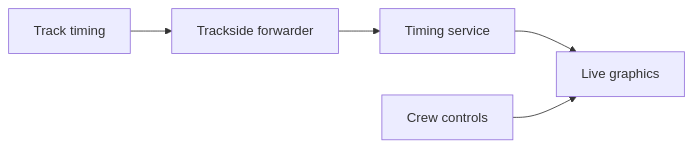
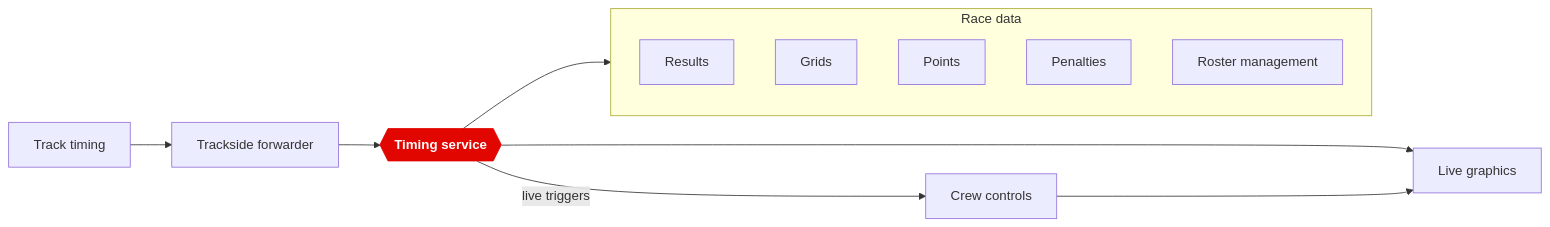
Before and after one commit to Luisd07/Luisd07: the diagram in README.md, drawn with Mermaid.

Commit message:
Enhance flowchart with race data subgraph
Updated the flowchart in README.md to include a subgraph for race data and modified connections.

````diff
--- a/README.md
+++ b/README.md
@@ -32,7 +32,22 @@
 ```mermaid
 flowchart LR
     T["Track timing"] --> F["Trackside forwarder"]
-    F --> S["Timing service"]
+    F --> S{{"Timing service"}}
+
+    subgraph DATA["Race data"]
+        direction TB
+        RES["Results"]
+        GRID["Grids"]
+        PTS["Points"]
+        PEN["Penalties"]
+        ROS["Roster management"]
+    end
+
+    S --> DATA
     S --> G["Live graphics"]
-    C["Crew controls"] --> G
+    S -- "live triggers" --> C["Crew controls"]
+    C --> G
+
+    classDef hub fill:#E10600,stroke:#E10600,color:#ffffff,font-weight:bold
+    class S hub
 ```
````
